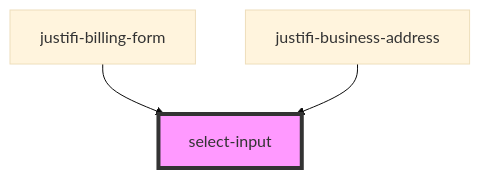
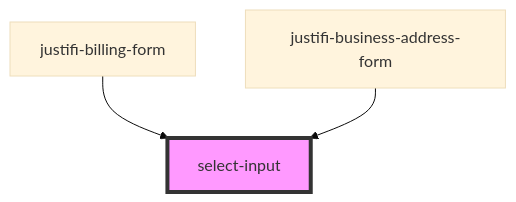
The diagram in stencil-library/src/components/select-input/readme.md (justifi-tech/web-component-library), drawn with Mermaid (base theme) before and after one commit. The commit also changed other lines of this file and 10 other files, not shown here.

Commit message:
rename business-address to use -form naming convention

````diff
--- a/stencil-library/src/components/select-input/readme.md
+++ b/stencil-library/src/components/select-input/readme.md
@@ -39,6 +39,6 @@
 ```mermaid
 graph TD;
   justifi-billing-form --> select-input
-  justifi-business-address --> select-input
+  justifi-business-address-form --> select-input
   style select-input fill:#f9f,stroke:#333,stroke-width:4px
 ```
````
